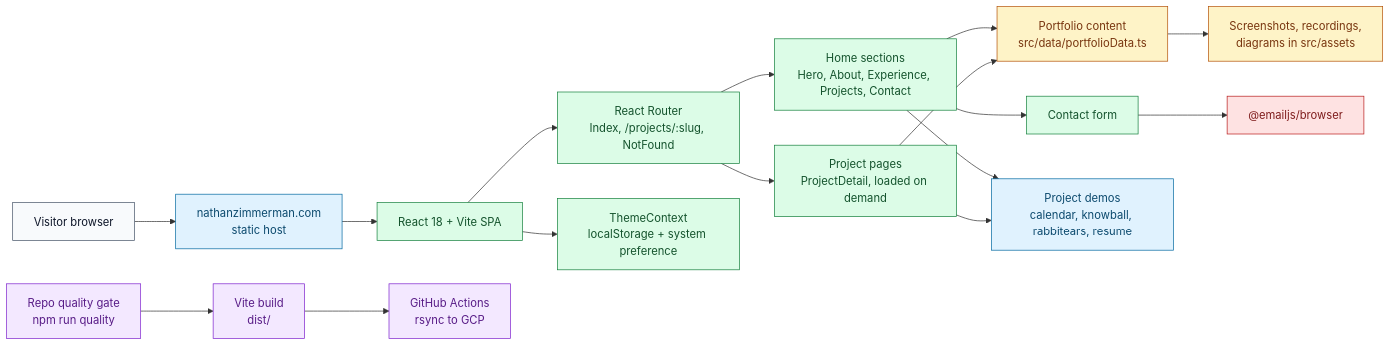
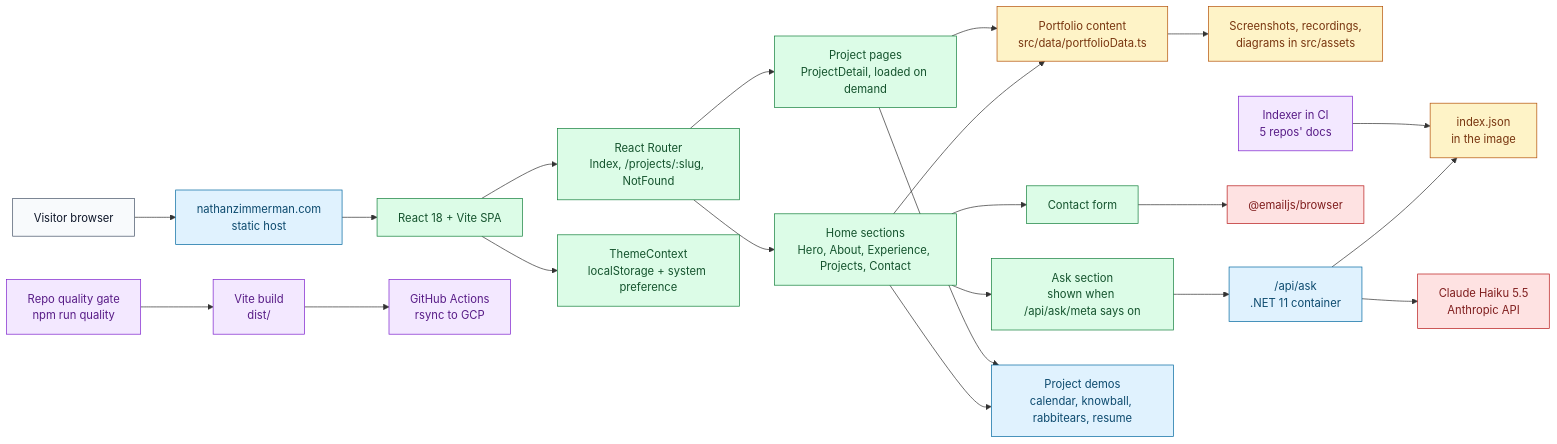
Before and after one commit to natezimm/nathanzimmerman.com: the first of 2 diagrams in docs/architecture.md, drawn with Mermaid. The commit also changed other lines of this file and 30 other files, not shown here.

````diff
--- a/docs/architecture.md
+++ b/docs/architecture.md
@@ -9,30 +9,36 @@
 ```mermaid
 flowchart LR
   Visitor["Visitor browser"] --> Site["nathanzimmerman.com<br/>static host"]
   Site --> App["React 18 + Vite SPA"]
   App --> Router["React Router<br/>Index, /projects/:slug, NotFound"]
   Router --> Sections["Home sections<br/>Hero, About, Experience, Projects, Contact"]
   Router --> ProjectPages["Project pages<br/>ProjectDetail, loaded on demand"]
   Sections --> Content["Portfolio content<br/>src/data/portfolioData.ts"]
   ProjectPages --> Content
   Content --> Media["Screenshots, recordings,<br/>diagrams in src/assets"]
   App --> Theme["ThemeContext<br/>localStorage + system preference"]
+  Sections --> AskSection["Ask section<br/>shown when /api/ask/meta says on"]
+  AskSection --> AskApi["/api/ask<br/>.NET 11 container"]
+  AskApi --> Index["index.json<br/>in the image"]
+  AskApi --> Claude["Claude Haiku 5.5<br/>Anthropic API"]
   Sections --> Contact["Contact form"]
   Contact --> EmailJS["@emailjs/browser"]
   Sections & ProjectPages --> ProjectSites["Project demos<br/>calendar, knowball, rabbitears, resume"]
   Repo["Repo quality gate<br/>npm run quality"] --> Build["Vite build<br/>dist/"]
   Build --> Deploy["GitHub Actions<br/>rsync to GCP"]
+  Indexer["Indexer in CI<br/>5 repos' docs"] --> Index
 
   classDef user fill:#f8fafc,stroke:#475569,color:#0f172a
   classDef site fill:#e0f2fe,stroke:#0369a1,color:#0c4a6e
   classDef client fill:#dcfce7,stroke:#15803d,color:#14532d
   classDef data fill:#fef3c7,stroke:#b45309,color:#78350f
   classDef delivery fill:#f3e8ff,stroke:#7e22ce,color:#581c87
   classDef external fill:#fee2e2,stroke:#b91c1c,color:#7f1d1d
   class Visitor user
   class Site,ProjectSites site
-  class App,Router,Sections,ProjectPages,Theme,Contact client
-  class Content,Media data
-  class Repo,Build,Deploy delivery
-  class EmailJS external
+  class App,Router,Sections,ProjectPages,Theme,Contact,AskSection client
+  class Content,Media,Index data
+  class Repo,Build,Deploy,Indexer delivery
+  class EmailJS,Claude external
+  class AskApi site
 ```
````
